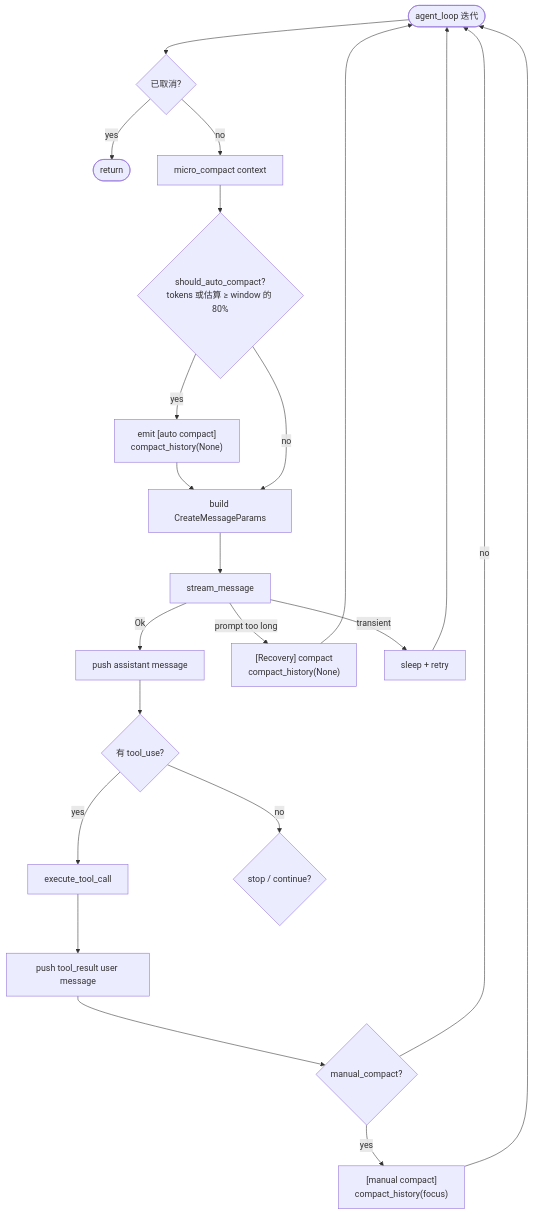
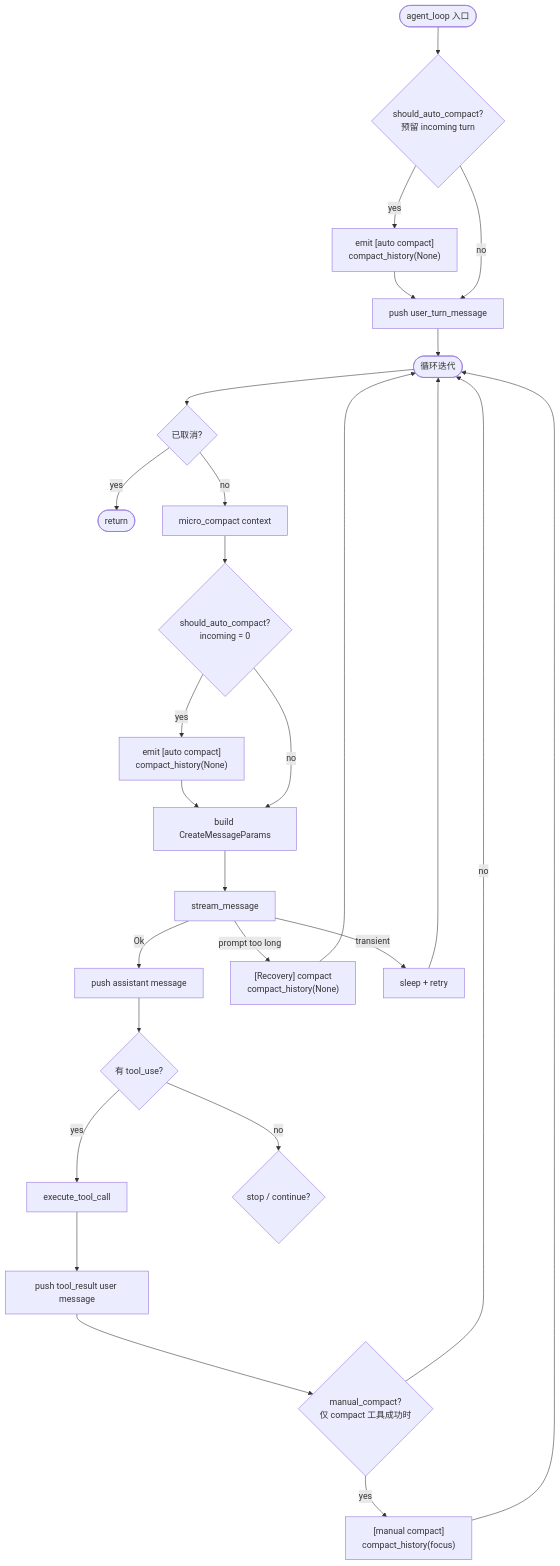
The third of 15 diagrams in book/05_chapter_compact_zh.md (rust-infra/tact), drawn with Mermaid before and after one commit. The commit also changed other lines of this file and 179 other files, not shown here.

````diff
--- a/book/05_chapter_compact_zh.md
+++ b/book/05_chapter_compact_zh.md
@@ -84,24 +84,29 @@
 ```mermaid
 flowchart TD
-    Start([agent_loop 迭代]) --> Cancel{已取消?}
+    Entry([agent_loop 入口]) --> EntrySize{"should_auto_compact?<br/>预留 incoming turn"}
+    EntrySize -->|yes| EntryAuto["emit [auto compact]<br/>compact_history(None)"]
+    EntryAuto --> Push[push user_turn_message]
+    EntrySize -->|no| Push
+    Push --> Start([循环迭代])
+    Start --> Cancel{已取消?}
     Cancel -->|yes| Exit([return])
     Cancel -->|no| MC[micro_compact context]
-    MC --> Size{should_auto_compact?<br/>tokens 或估算 ≥ window 的 80%}
+    MC --> Size{"should_auto_compact?<br/>incoming = 0"}
     Size -->|yes| Auto["emit [auto compact]<br/>compact_history(None)"]
     Auto --> Build
     Size -->|no| Build[build CreateMessageParams]
     Build --> Stream[stream_message]
     Stream -->|Ok| Assist[push assistant message]
     Stream -->|prompt too long| Rec["[Recovery] compact<br/>compact_history(None)"]
     Rec --> Start
     Stream -->|transient| Backoff[sleep + retry]
     Backoff --> Start
     Assist --> Tools{有 tool_use?}
     Tools -->|yes| Exec[execute_tool_call]
     Exec --> Persist[push tool_result user message]
-    Persist --> Man{manual_compact?}
+    Persist --> Man{"manual_compact?<br/>仅 compact 工具成功时"}
     Man -->|yes| MC2["[manual compact]<br/>compact_history(focus)"]
     MC2 --> Start
     Man -->|no| Start
     Tools -->|no| Done{stop / continue?}
 ```
````
